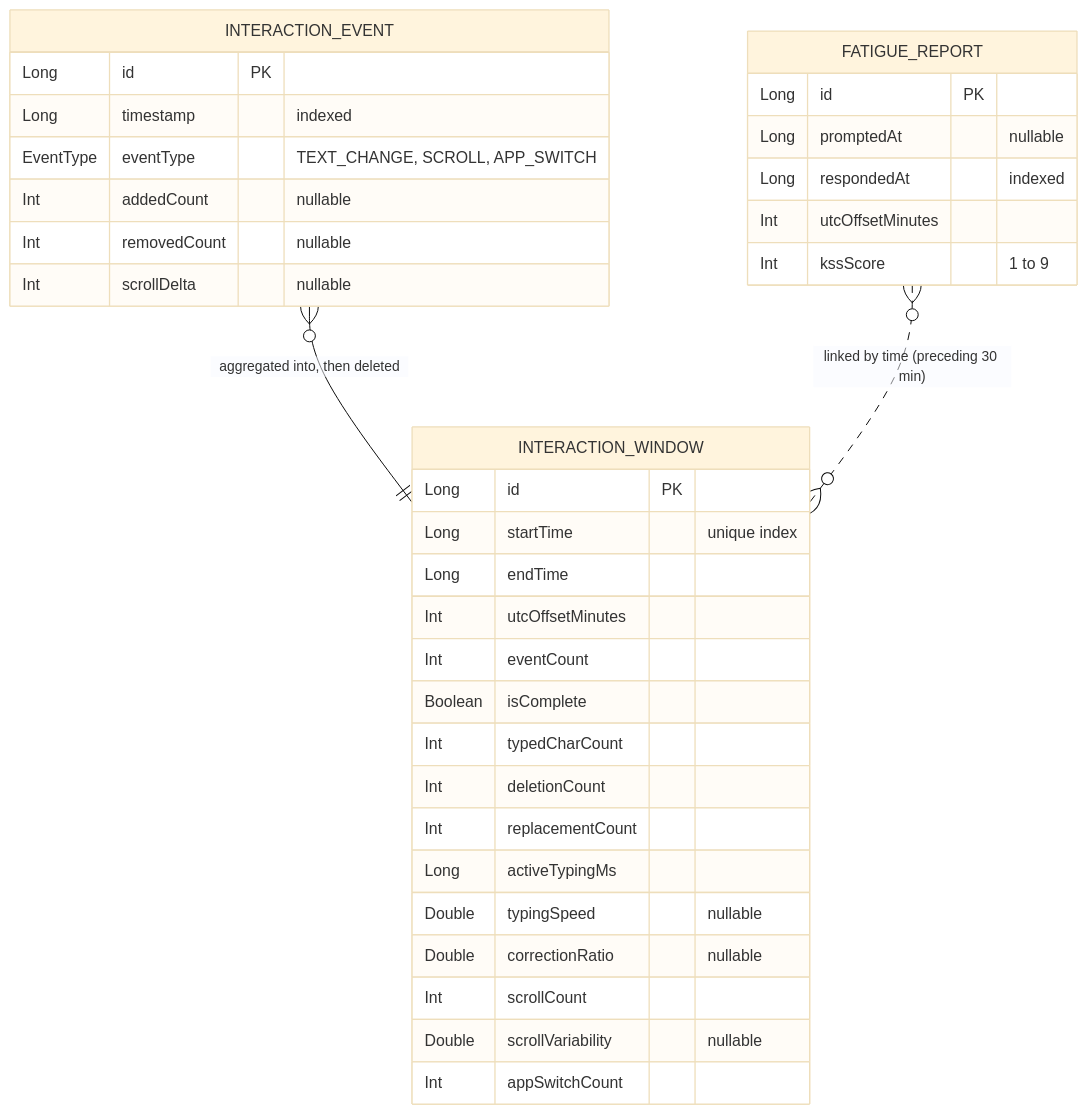
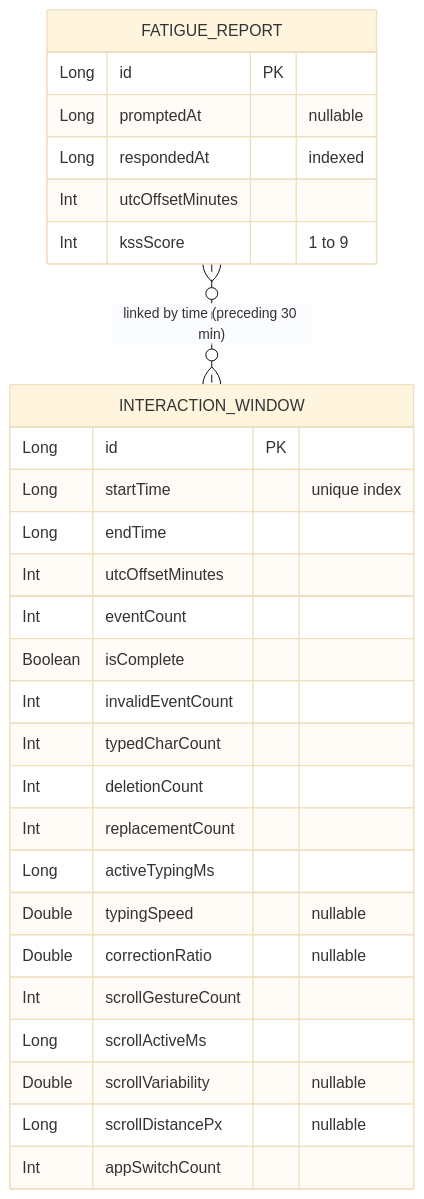
One commit to sunderiya-u/BurnoutDetector changed the diagram in thesis/month-2/database-design.md. Above: the diagram before and after it, drawn with Mermaid (base theme). The commit also changed other lines of this file and 3 other files, not shown here.

Commit message:
Add event observation results and switch to in-memory aggregation

````diff
--- a/thesis/month-2/database-design.md
+++ b/thesis/month-2/database-design.md
@@ -16,37 +17,31 @@
 ```mermaid
 erDiagram
-    INTERACTION_EVENT {
-        Long id PK
-        Long timestamp "indexed"
-        EventType eventType "TEXT_CHANGE, SCROLL, APP_SWITCH"
-        Int addedCount "nullable"
-        Int removedCount "nullable"
-        Int scrollDelta "nullable"
-    }
     INTERACTION_WINDOW {
         Long id PK
         Long startTime "unique index"
         Long endTime
         Int utcOffsetMinutes
         Int eventCount
         Boolean isComplete
+        Int invalidEventCount
         Int typedCharCount
         Int deletionCount
         Int replacementCount
         Long activeTypingMs
         Double typingSpeed "nullable"
         Double correctionRatio "nullable"
-        Int scrollCount
+        Int scrollGestureCount
+        Long scrollActiveMs
         Double scrollVariability "nullable"
+        Long scrollDistancePx "nullable"
         Int appSwitchCount
     }
     FATIGUE_REPORT {
         Long id PK
         Long promptedAt "nullable"
         Long respondedAt "indexed"
         Int utcOffsetMinutes
         Int kssScore "1 to 9"
     }
-    INTERACTION_EVENT }o--|| INTERACTION_WINDOW : "aggregated into, then deleted"
     FATIGUE_REPORT }o..o{ INTERACTION_WINDOW : "linked by time (preceding 30 min)"
 ```
````
